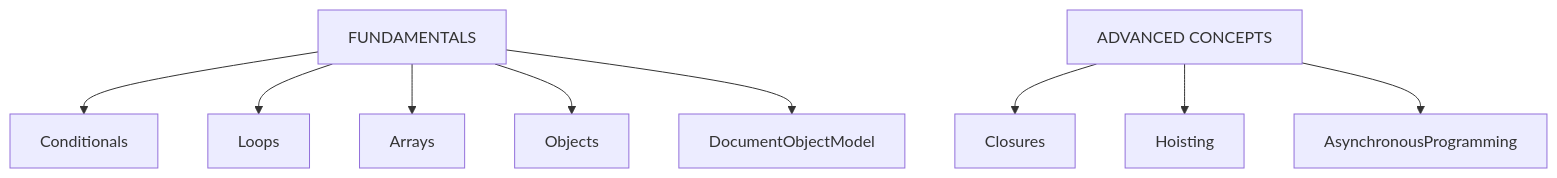
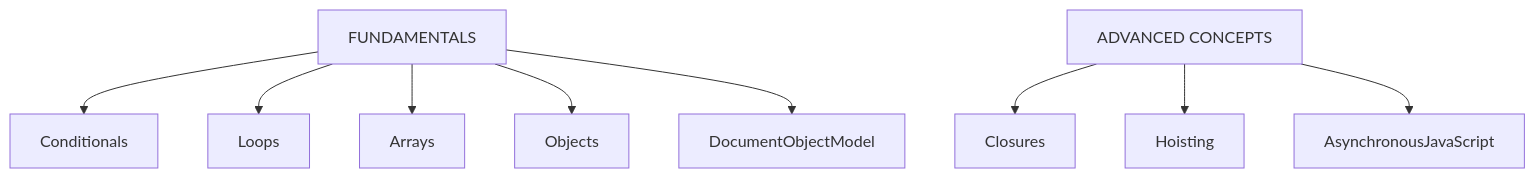
The first of 2 diagrams in README.md (prak112/DevSchool-Javascript), drawn with Mermaid before and after one commit. The commit also changed other lines of this file, not shown here.

````diff
--- a/README.md
+++ b/README.md
@@ -37,7 +71,6 @@
 ```mermaid
 graph TD
 A[FUNDAMENTALS] -->Conditionals & Loops & Arrays & Objects & DocumentObjectModel
 
-
-B[ADVANCED CONCEPTS] --> Closures & Hoisting & AsynchronousProgramming
+B[ADVANCED CONCEPTS] --> Closures & Hoisting & AsynchronousJavaScript 
 ```
````
